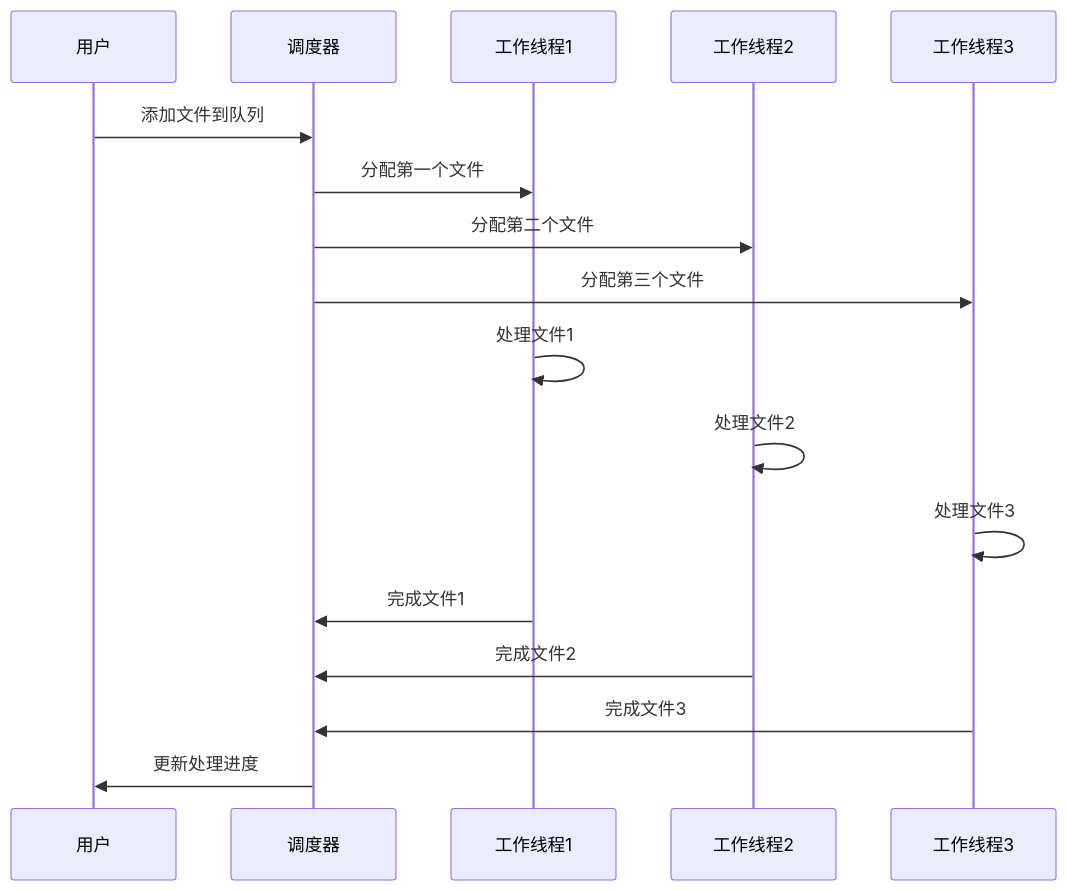
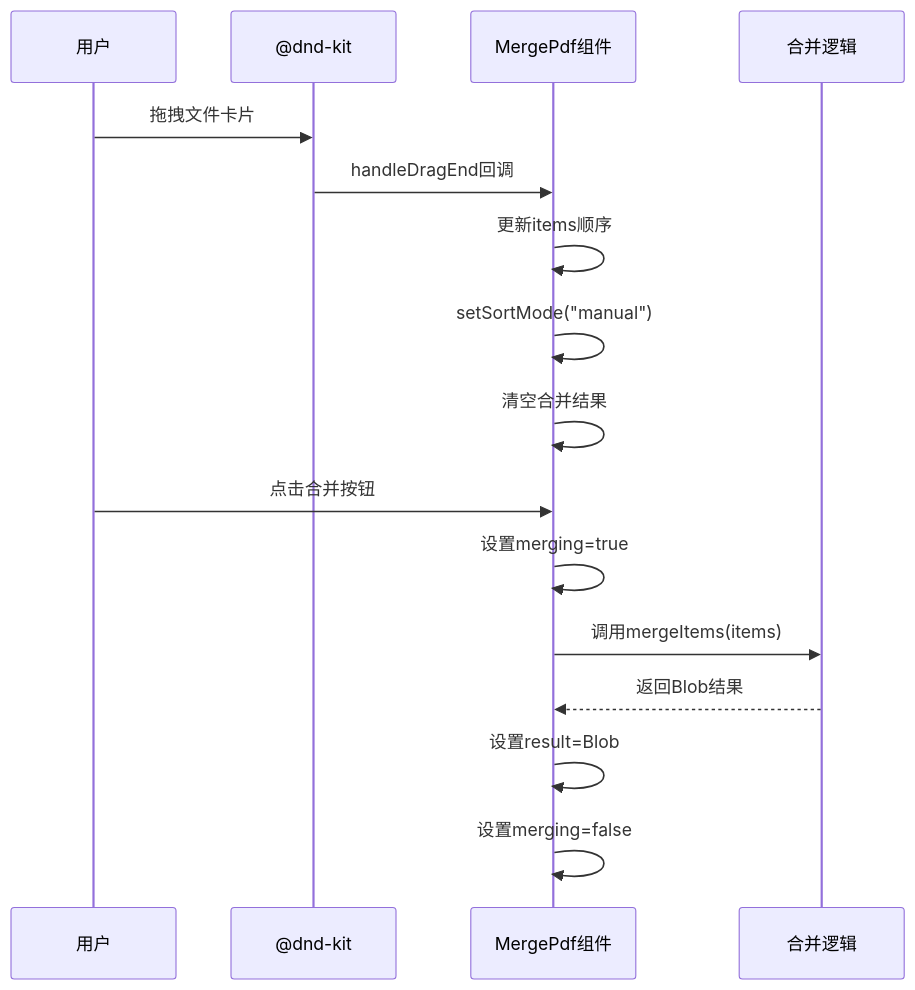
The third of 8 diagrams in .qoder/repowiki/zh/content/PDF工具/PDF合并工具.md (sgyy/privadeck), drawn with Mermaid before and after one commit. The commit also changed other lines of this file and 48 other files, not shown here.

````diff
--- a/.qoder/repowiki/zh/content/PDF工具/PDF合并工具.md
+++ b/.qoder/repowiki/zh/content/PDF工具/PDF合并工具.md
@@ -571,19 +256,18 @@
 ```mermaid
 sequenceDiagram
 participant User as 用户
-participant Scheduler as 调度器
-participant Worker1 as 工作线程1
-participant Worker2 as 工作线程2
-participant Worker3 as 工作线程3
-User->>Scheduler : 添加文件到队列
-Scheduler->>Worker1 : 分配第一个文件
-Scheduler->>Worker2 : 分配第二个文件
-Scheduler->>Worker3 : 分配第三个文件
-Worker1->>Worker1 : 处理文件1
-Worker2->>Worker2 : 处理文件2
-Worker3->>Worker3 : 处理文件3
-Worker1->>Scheduler : 完成文件1
-Worker2->>Scheduler : 完成文件2
-Worker3->>Scheduler : 完成文件3
-Scheduler->>User : 更新处理进度
+participant DndKit as @dnd-kit
+participant Component as MergePdf组件
+participant Logic as 合并逻辑
+User->>DndKit : 拖拽文件卡片
+DndKit->>Component : handleDragEnd回调
+Component->>Component : 更新items顺序
+Component->>Component : setSortMode("manual")
+Component->>Component : 清空合并结果
+User->>Component : 点击合并按钮
+Component->>Component : 设置merging=true
+Component->>Logic : 调用mergeItems(items)
+Logic-->>Component : 返回Blob结果
+Component->>Component : 设置result=Blob
+Component->>Component : 设置merging=false
 ```
````
